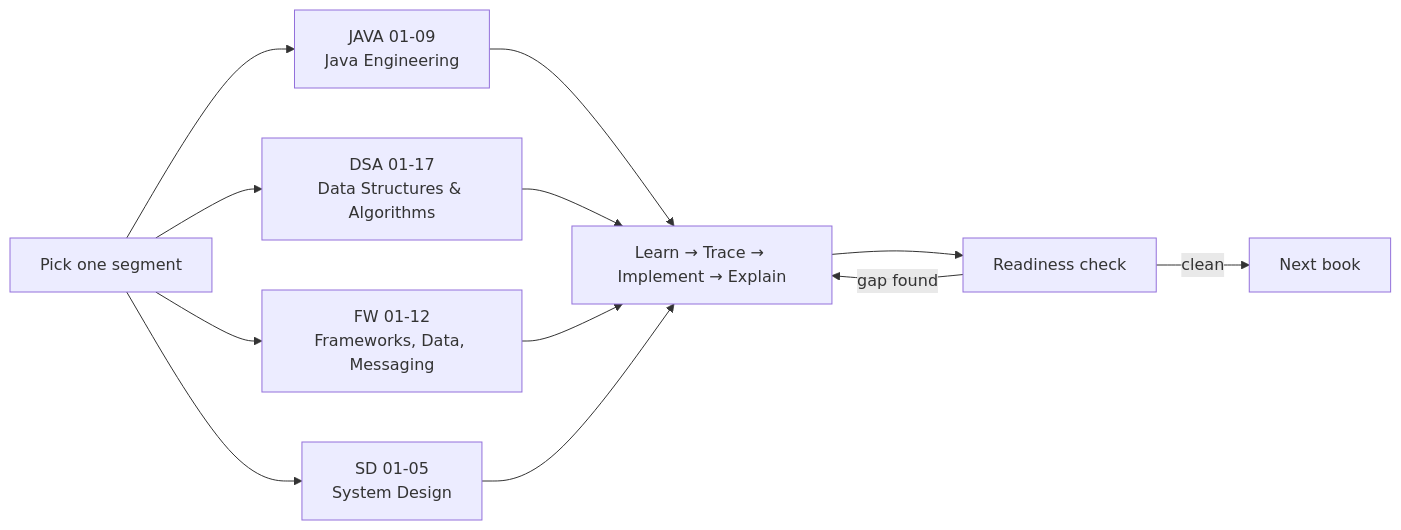
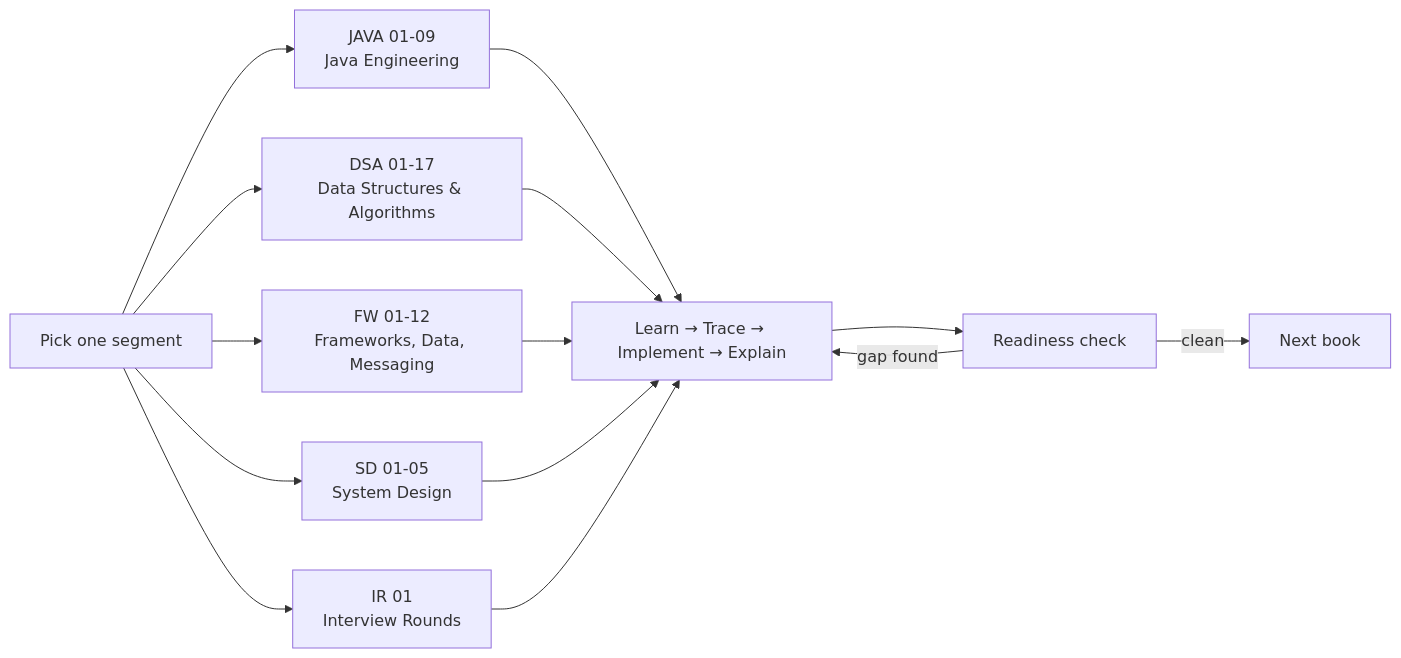
The diagram in README.md (vinayreddykalluri/SDE2-Interview-Handbook), drawn with Mermaid before and after one commit. The commit also changed other lines of this file and 43 other files, not shown here.

````diff
--- a/README.md
+++ b/README.md
@@ -185,14 +197,16 @@
 ```mermaid
 flowchart LR
     Start["Pick one segment"] --> Java["JAVA 01-09<br/>Java Engineering"]
     Start --> DSA["DSA 01-17<br/>Data Structures & Algorithms"]
     Start --> FW["FW 01-12<br/>Frameworks, Data, Messaging"]
     Start --> SD["SD 01-05<br/>System Design"]
+    Start --> IR["IR 01<br/>Interview Rounds"]
     Java --> Loop["Learn → Trace → Implement → Explain"]
     DSA --> Loop
     FW --> Loop
     SD --> Loop
+    IR --> Loop
     Loop --> Gate["Readiness check"]
     Gate -->|gap found| Loop
     Gate -->|clean| Next["Next book"]
 ```
````
